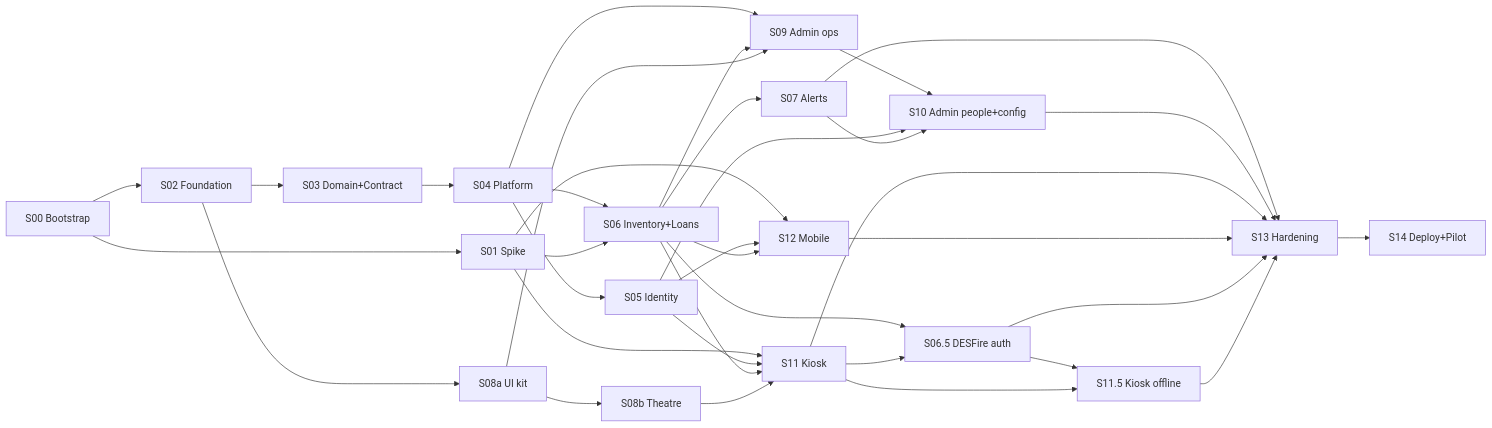
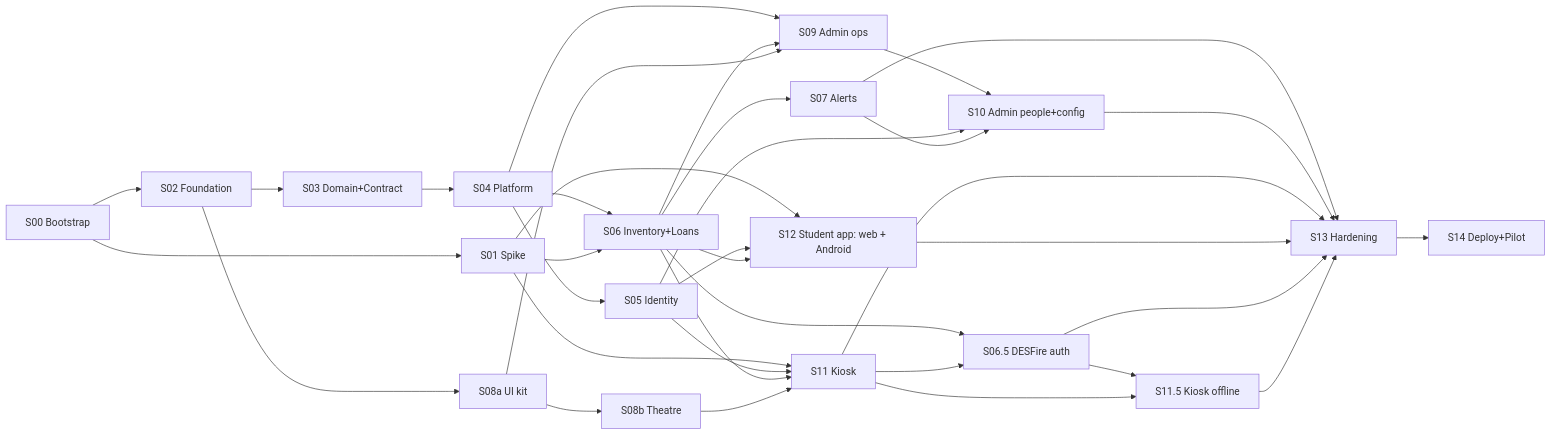
The diagram in plans/ictu-labpass/00-blueprint.md (AyuknyamndiICTU/Inven-ICTU), drawn with Mermaid before and after one commit. The commit also changed other lines of this file and 5 other files, not shown here.

````diff
--- a/plans/ictu-labpass/00-blueprint.md
+++ b/plans/ictu-labpass/00-blueprint.md
@@ -77,16 +78,16 @@
 ```mermaid
 flowchart LR
   S00[S00 Bootstrap] --> S01[S01 Spike] & S02[S02 Foundation]
   S02 --> S03[S03 Domain+Contract] --> S04[S04 Platform]
   S02 --> S08a[S08a UI kit] --> S08b[S08b Theatre]
   S04 --> S05[S05 Identity] & S06[S06 Inventory+Loans]
   S01 --> S06 & S11 & S12
   S06 --> S07[S07 Alerts]
   S04 & S06 & S08a --> S09[S09 Admin ops]
   S09 & S05 & S07 --> S10[S10 Admin people+config]
   S05 & S06 & S08b --> S11[S11 Kiosk]
-  S05 & S06 --> S12[S12 Mobile]
+  S05 & S06 --> S12[S12 Student app: web + Android]
   S06 & S11 --> S065[S06.5 DESFire auth] --> S115[S11.5 Kiosk offline]
   S11 --> S115
   S07 & S10 & S11 & S12 & S065 & S115 --> S13[S13 Hardening] --> S14[S14 Deploy+Pilot]
 ```
````
